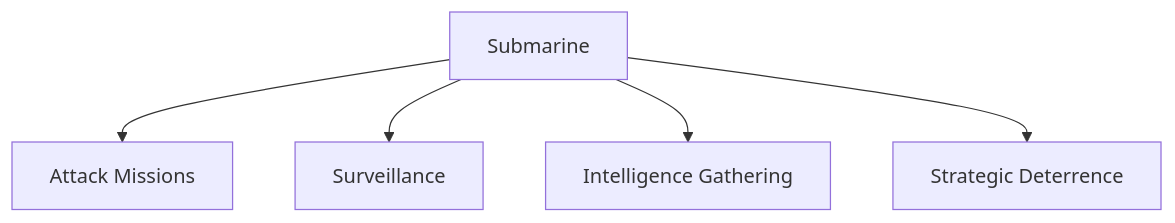
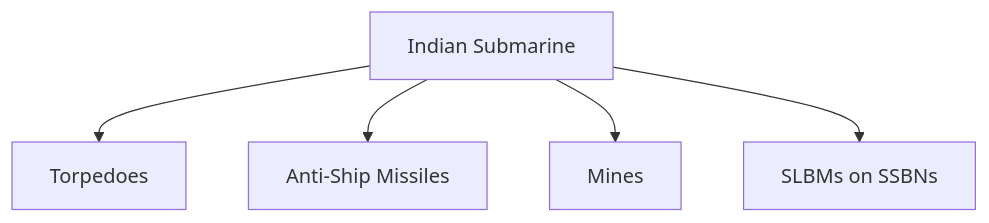
Before and after one commit to abhijitxroy/india: the third of 6 diagrams in 05-security/01-defence/navy/submarines.md, drawn with Mermaid. The commit also changed other lines of this file and 4 other files, not shown here.

````diff
--- a/05-security/01-defence/navy/submarines.md
+++ b/05-security/01-defence/navy/submarines.md
@@ -34,9 +297,9 @@
 ```mermaid
 flowchart TD
-    Submarine[Submarine]
+    Submarine[Indian Submarine]
 
-    Submarine --> Attack[Attack Missions]
-    Submarine --> Surveillance[Surveillance]
-    Submarine --> Intelligence[Intelligence Gathering]
-    Submarine --> Deterrence[Strategic Deterrence]
+    Submarine --> Torpedo[Torpedoes]
+    Submarine --> Missile[Anti-Ship Missiles]
+    Submarine --> Mines[Mines]
+    Submarine --> SLBM[SLBMs on SSBNs]
 ```
````
